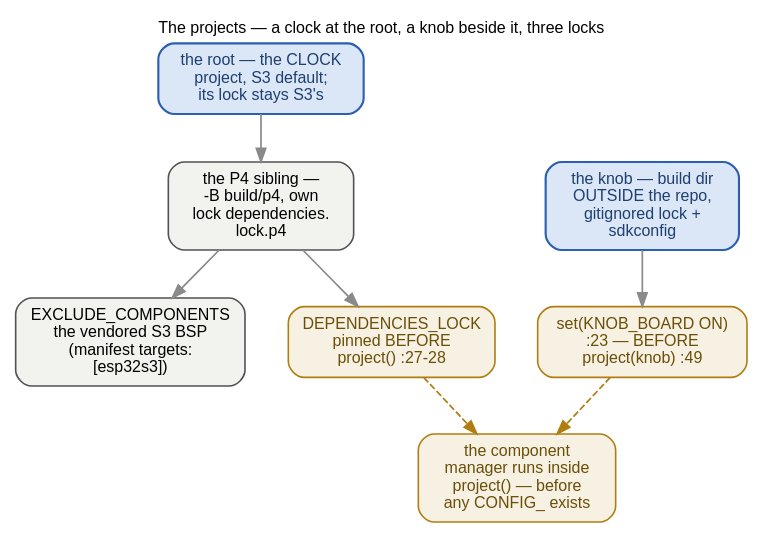
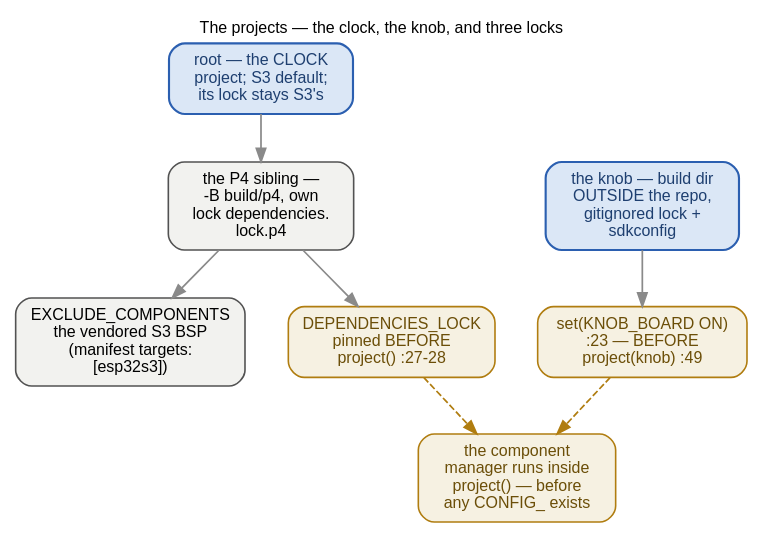
One commit to ukos-git/moon-clock-esp changed the diagram in docs/_graphs/build-seam-projects.dot. Above: the diagram before and after it, drawn with Graphviz. The commit also changed 6 other files, not shown here.

```diff
--- a/docs/_graphs/build-seam-projects.dot
+++ b/docs/_graphs/build-seam-projects.dot
@@ -1,54 +1,54 @@
 // The three projects, opened (verified before drawing):
 //   The root CMakeLists is the CLOCK project: S3 is the default
 //   target; the P4 is a sibling build (-D IDF_TARGET=esp32p4 -B
 //   build/p4) whose target block EXCLUDE_COMPONENTS the vendored S3
 //   BSP (manifest targets: [esp32s3]) 'out of the P4 build AND of the
 //   component manager's local-manifest list' (:16-21), and pins
 //   DEPENDENCIES_LOCK dependencies.lock.p4 BEFORE project() (:27-28,
 //   'which runs the component manager', :24-26); the tracked root
 //   dependencies.lock stays the S3's.
 //   knob/CMakeLists.txt is the SIBLING project (Waveshare
 //   ESP32-S3-Knob-Touch-LCD-1.8): own build dir (-C knob -B
 //   ../build/knob — OUTSIDE the repo), own gitignored lock
 //   dependencies.lock.knob (:47) and sdkconfig. set(KNOB_BOARD ON)
 //   sits at :23, BEFORE project(knob) (:49) — the file's own comment:
 //   'A PROJECT variable, not a CONFIG_ symbol: the component manager
 //   resolves requirements BEFORE Kconfig runs, and CONFIG_ variables
 //   are unset in that first pass' (:20-22).
 // The sealed version is build-seam.dot; the passes are
 // build-seam-passes.dot, the shims build-seam-shims.dot, the guards
 // build-seam-guards.dot.
 // FONTS: 12 pt = the page's 16 px body text at 1:1 — kept inside the
 // content column.
 // Rendered inline as SVG by sphinx.ext.graphviz (dot on PATH).
 digraph build_seam_projects {
     rankdir=TB;
-    label="The projects — a clock at the root, a knob beside it, three locks";
+    label="The projects — the clock, the knob, and three locks";
     labelloc="t"; labeljust="c";
     fontname="Helvetica"; fontsize=12;
     graph [nodesep=0.45, ranksep=0.5];
     node [fontname="Helvetica", fontsize=12, shape=box, style="rounded,filled",
           width=0, height=0, margin="0.16,0.10", fillcolor="#f2f2ef",
           color="#525252", penwidth=1.2];
     edge [fontname="Helvetica", fontsize=12, color="#8a8a8a", penwidth=1.3];
 
-    rootp [label="the root — the CLOCK\nproject, S3 default;\nits lock stays S3's",
+    rootp [label="root — the CLOCK\nproject; S3 default;\nits lock stays S3's",
            fillcolor="#dbe7f6", color="#2b5fb0", fontcolor="#1e3f70", penwidth=1.6];
     p4sib [label="the P4 sibling —\n-B build/p4, own\nlock dependencies.\nlock.p4"];
     excl [label="EXCLUDE_COMPONENTS\nthe vendored S3 BSP\n(manifest targets:\n[esp32s3])"];
     lockpin [label="DEPENDENCIES_LOCK\npinned BEFORE\nproject() :27-28",
              fillcolor="#f6f1e2", color="#b07d10", fontcolor="#6b4e08"];
     knobp [label="the knob — build dir\nOUTSIDE the repo,\ngitignored lock +\nsdkconfig",
            fillcolor="#dbe7f6", color="#2b5fb0", fontcolor="#1e3f70", penwidth=1.6];
     knb [label="set(KNOB_BOARD ON)\n:23 — BEFORE\nproject(knob) :49",
          fillcolor="#f6f1e2", color="#b07d10", fontcolor="#6b4e08"];
     mgr [label="the component\nmanager runs inside\nproject() — before\nany CONFIG_ exists",
          fillcolor="#f6f1e2", color="#b07d10", fontcolor="#6b4e08"];
 
     rootp -> p4sib;
     p4sib -> excl;
     p4sib -> lockpin;
     lockpin -> mgr [style=dashed, color="#b07d10"];
     knobp -> knb;
     knb -> mgr [style=dashed, color="#b07d10"];
 }
```
